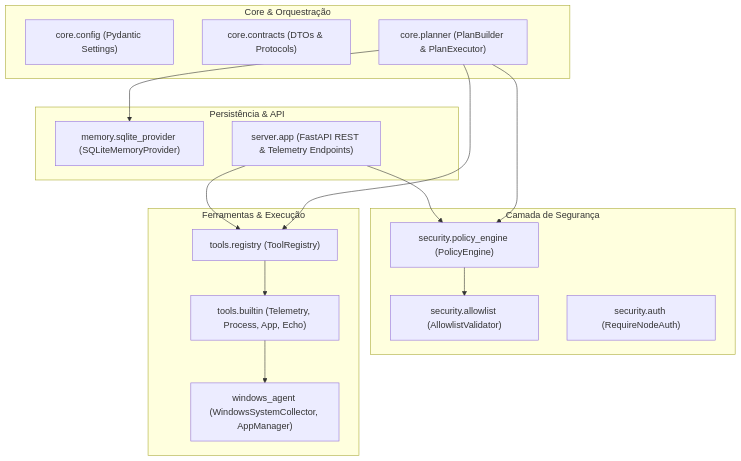
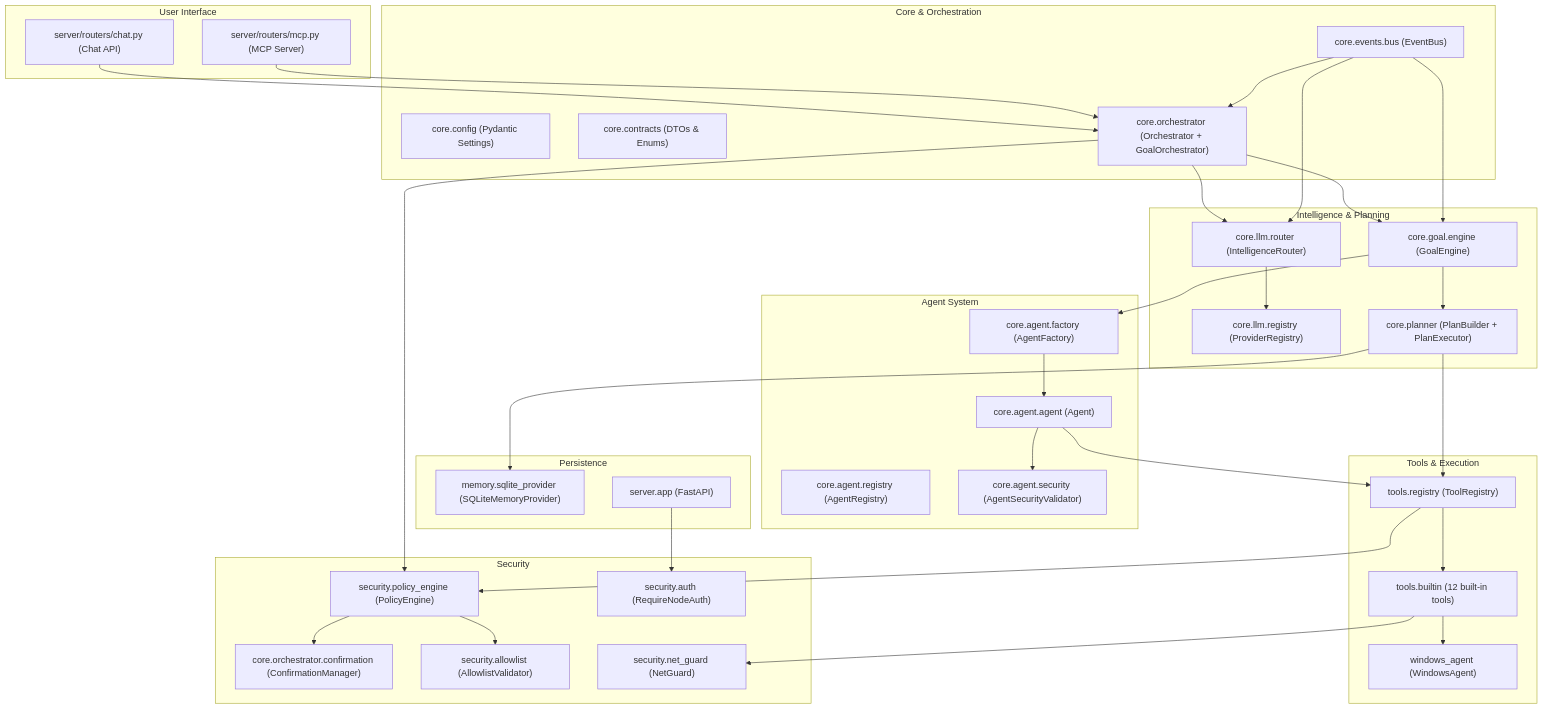
The diagram in docs/ARCHITECTURE.md (EduardoQuitto/jarvis), drawn with Mermaid before and after one commit. The commit also changed other lines of this file and 19 other files, not shown here.

````diff
--- a/docs/ARCHITECTURE.md
+++ b/docs/ARCHITECTURE.md
@@ -7,34 +7,71 @@
 ```mermaid
 graph TD
-    subgraph "Core & Orquestração"
-        Config["core.config (Pydantic Settings)"]
-        Contracts["core.contracts (DTOs & Protocols)"]
-        Planner["core.planner (PlanBuilder & PlanExecutor)"]
+    subgraph "User Interface"
+        ChatAPI["server/routers/chat.py (Chat API)"]
+        MCP["server/routers/mcp.py (MCP Server)"]
     end
 
-    subgraph "Camada de Segurança"
-        Security["security.policy_engine (PolicyEngine)"]
+    subgraph "Core & Orchestration"
+        Config["core.config (Pydantic Settings)"]
+        Contracts["core.contracts (DTOs & Enums)"]
+        Orchestrator["core.orchestrator (Orchestrator + GoalOrchestrator)"]
+        EventBus["core.events.bus (EventBus)"]
+    end
+
+    subgraph "Intelligence & Planning"
+        Router["core.llm.router (IntelligenceRouter)"]
+        ProviderReg["core.llm.registry (ProviderRegistry)"]
+        Planner["core.planner (PlanBuilder + PlanExecutor)"]
+        GoalEngine["core.goal.engine (GoalEngine)"]
+    end
+
+    subgraph "Agent System"
+        AgentFactory["core.agent.factory (AgentFactory)"]
+        AgentRegistry["core.agent.registry (AgentRegistry)"]
+        AgentSec["core.agent.security (AgentSecurityValidator)"]
+        Agent["core.agent.agent (Agent)"]
+    end
+
+    subgraph "Security"
+        PolicyEngine["security.policy_engine (PolicyEngine)"]
+        ConfirmMgr["core.orchestrator.confirmation (ConfirmationManager)"]
         Allowlist["security.allowlist (AllowlistValidator)"]
+        NetGuard["security.net_guard (NetGuard)"]
         Auth["security.auth (RequireNodeAuth)"]
     end
 
-    subgraph "Ferramentas & Execução"
+    subgraph "Tools & Execution"
         ToolRegistry["tools.registry (ToolRegistry)"]
-        BuiltinTools["tools.builtin (Telemetry, Process, App, Echo)"]
-        WinAgent["windows_agent (WindowsSystemCollector, AppManager)"]
+        BuiltinTools["tools.builtin (12 built-in tools)"]
+        WinAgent["windows_agent (WindowsAgent)"]
     end
 
-    subgraph "Persistência & API"
+    subgraph "Persistence"
         Memory["memory.sqlite_provider (SQLiteMemoryProvider)"]
-        Server["server.app (FastAPI REST & Telemetry Endpoints)"]
+        Server["server.app (FastAPI)"]
     end
 
-    Server --> Security
-    Server --> ToolRegistry
-    Planner --> Security
+    ChatAPI --> Orchestrator
+    MCP --> Orchestrator
+    Orchestrator --> PolicyEngine
+    Orchestrator --> Router
+    Orchestrator --> GoalEngine
+    GoalEngine --> AgentFactory
+    GoalEngine --> Planner
+    AgentFactory --> Agent
+    Agent --> ToolRegistry
+    Agent --> AgentSec
+    Router --> ProviderReg
     Planner --> ToolRegistry
     Planner --> Memory
+    ToolRegistry --> PolicyEngine
+    PolicyEngine --> ConfirmMgr
     ToolRegistry --> BuiltinTools
     BuiltinTools --> WinAgent
-    Security --> Allowlist
+    PolicyEngine --> Allowlist
+    BuiltinTools --> NetGuard
+    Server --> Auth
+    EventBus --> Orchestrator
+    EventBus --> GoalEngine
+    EventBus --> Router
 ```
````
